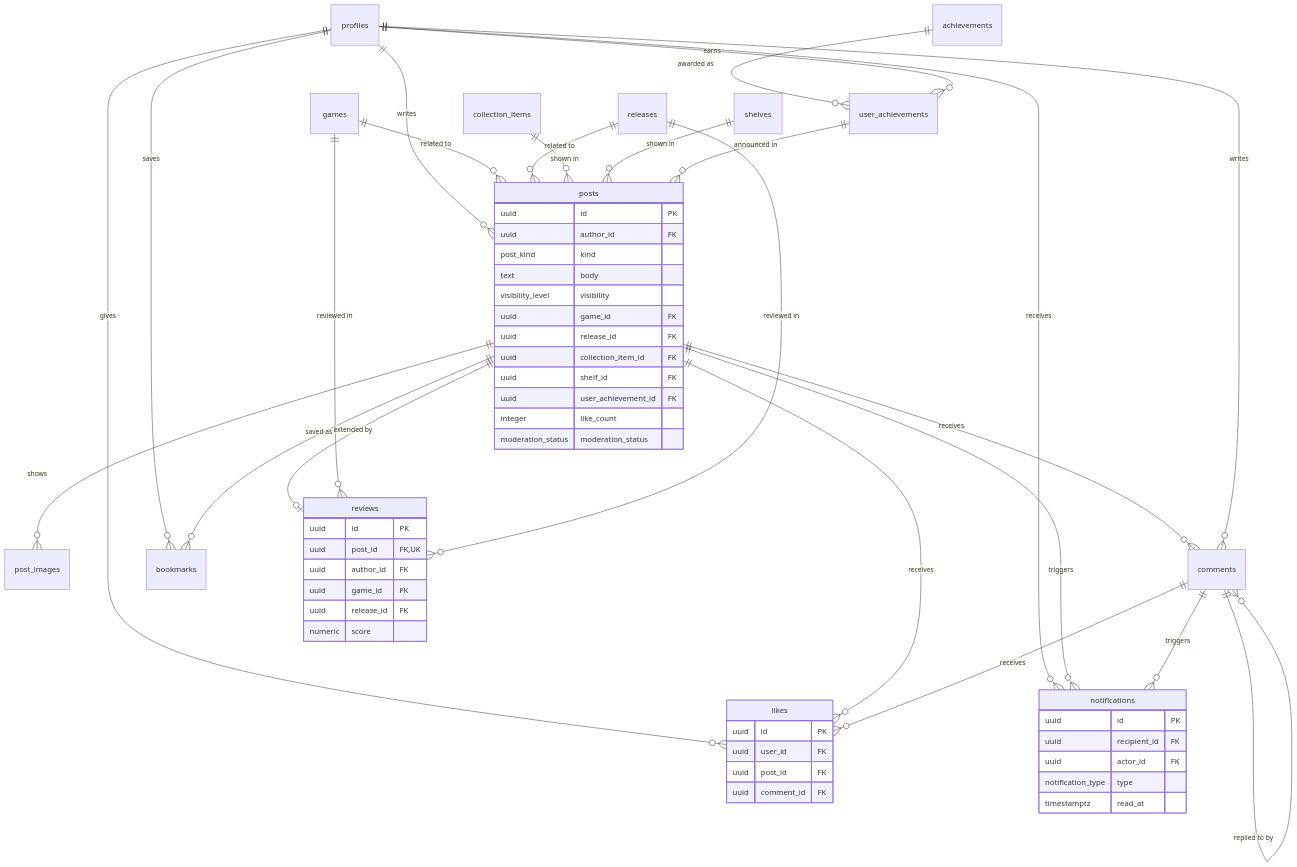
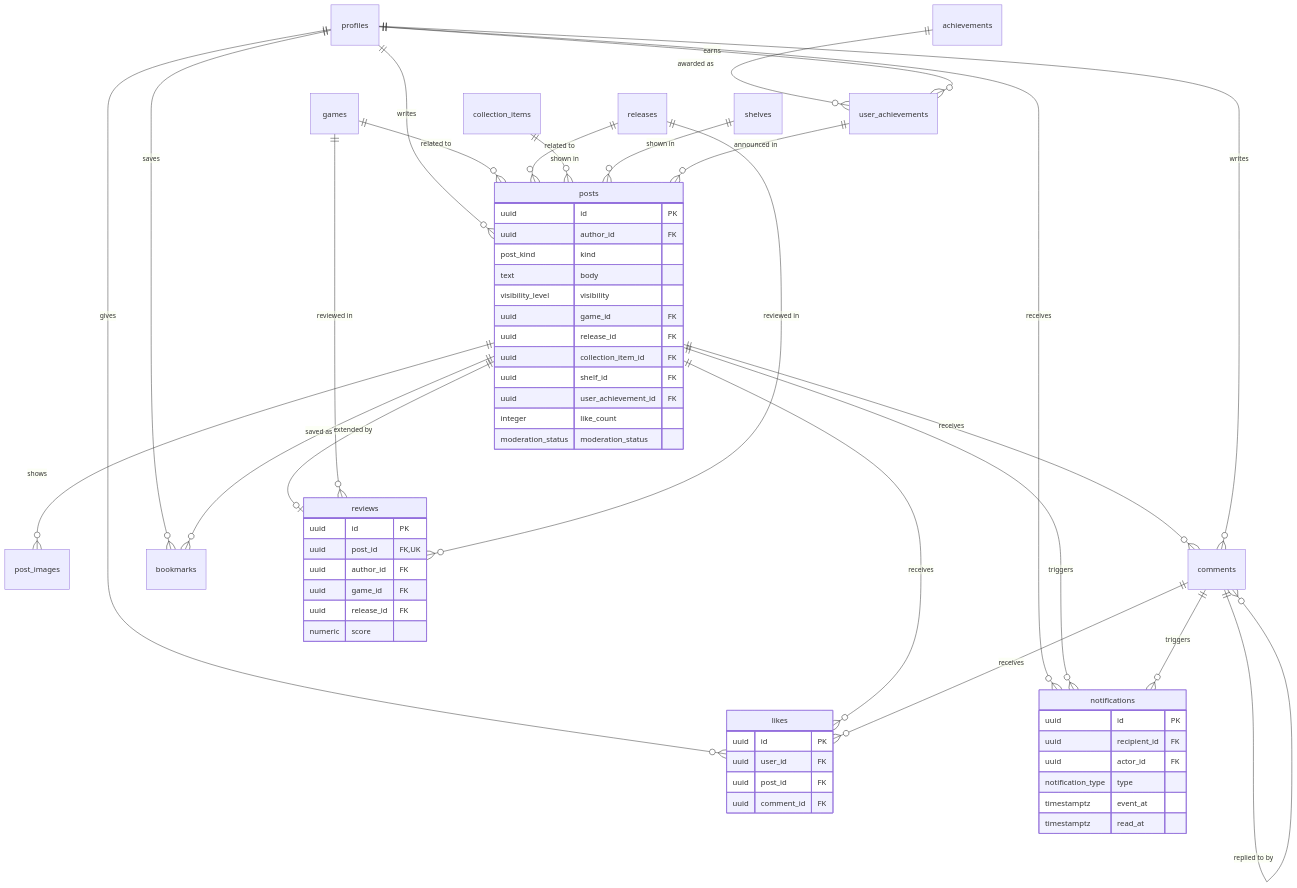
One commit to lesa0208/my-game-dex changed diagram 11 of 14 in docs/architecture/relationships.md. Above: the diagram before and after it, drawn with Mermaid. The commit also changed 15 other files, not shown here.

````diff
--- a/docs/architecture/relationships.md
+++ b/docs/architecture/relationships.md
@@ -546,62 +546,63 @@
 ```mermaid
 erDiagram
   profiles ||--o{ posts : "writes"
   posts ||--o{ post_images : "shows"
   posts ||--o{ comments : "receives"
   comments ||--o{ comments : "replied to by"
   profiles ||--o{ comments : "writes"
   profiles ||--o{ likes : "gives"
   posts ||--o{ likes : "receives"
   comments ||--o{ likes : "receives"
   profiles ||--o{ bookmarks : "saves"
   posts ||--o{ bookmarks : "saved as"
   posts ||--o| reviews : "extended by"
   games ||--o{ reviews : "reviewed in"
   releases ||--o{ reviews : "reviewed in"
   games ||--o{ posts : "related to"
   releases ||--o{ posts : "related to"
   collection_items ||--o{ posts : "shown in"
   shelves ||--o{ posts : "shown in"
   achievements ||--o{ user_achievements : "awarded as"
   profiles ||--o{ user_achievements : "earns"
   user_achievements ||--o{ posts : "announced in"
   profiles ||--o{ notifications : "receives"
   posts ||--o{ notifications : "triggers"
   comments ||--o{ notifications : "triggers"
 
   posts {
     uuid id PK
     uuid author_id FK
     post_kind kind
     text body
     visibility_level visibility
     uuid game_id FK
     uuid release_id FK
     uuid collection_item_id FK
     uuid shelf_id FK
     uuid user_achievement_id FK
     integer like_count
     moderation_status moderation_status
   }
   reviews {
     uuid id PK
     uuid post_id FK,UK
     uuid author_id FK
     uuid game_id FK
     uuid release_id FK
     numeric score
   }
   likes {
     uuid id PK
     uuid user_id FK
     uuid post_id FK
     uuid comment_id FK
   }
   notifications {
     uuid id PK
     uuid recipient_id FK
     uuid actor_id FK
     notification_type type
+    timestamptz event_at
     timestamptz read_at
   }
 ```
````
